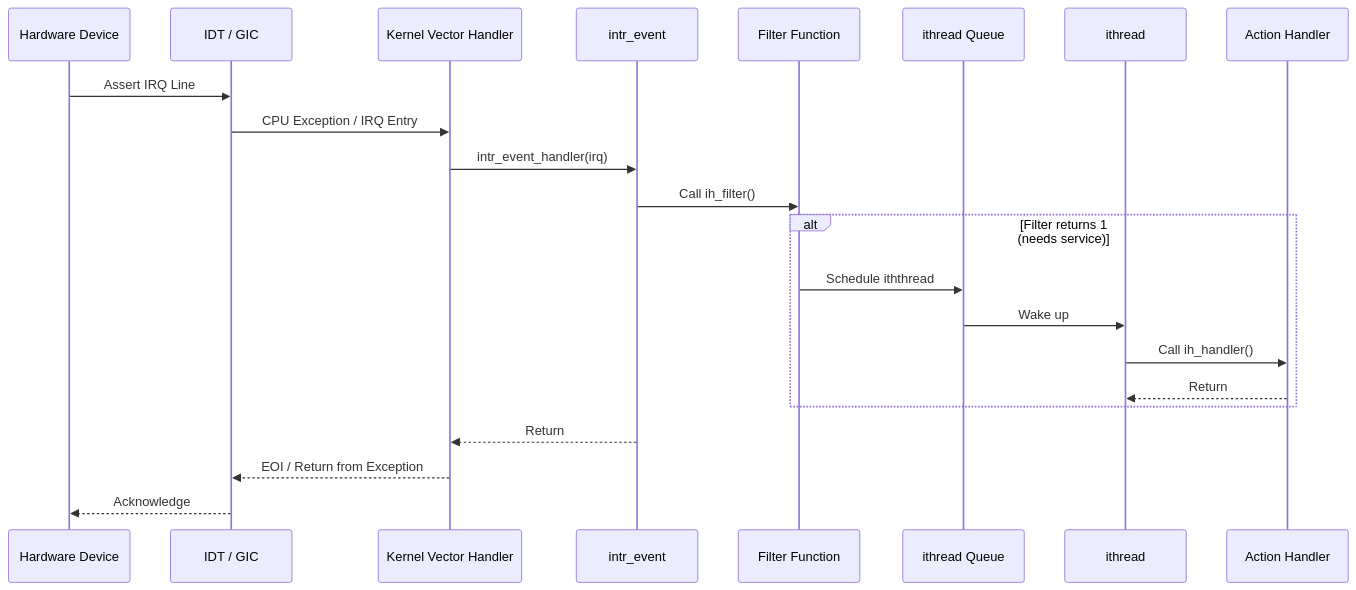
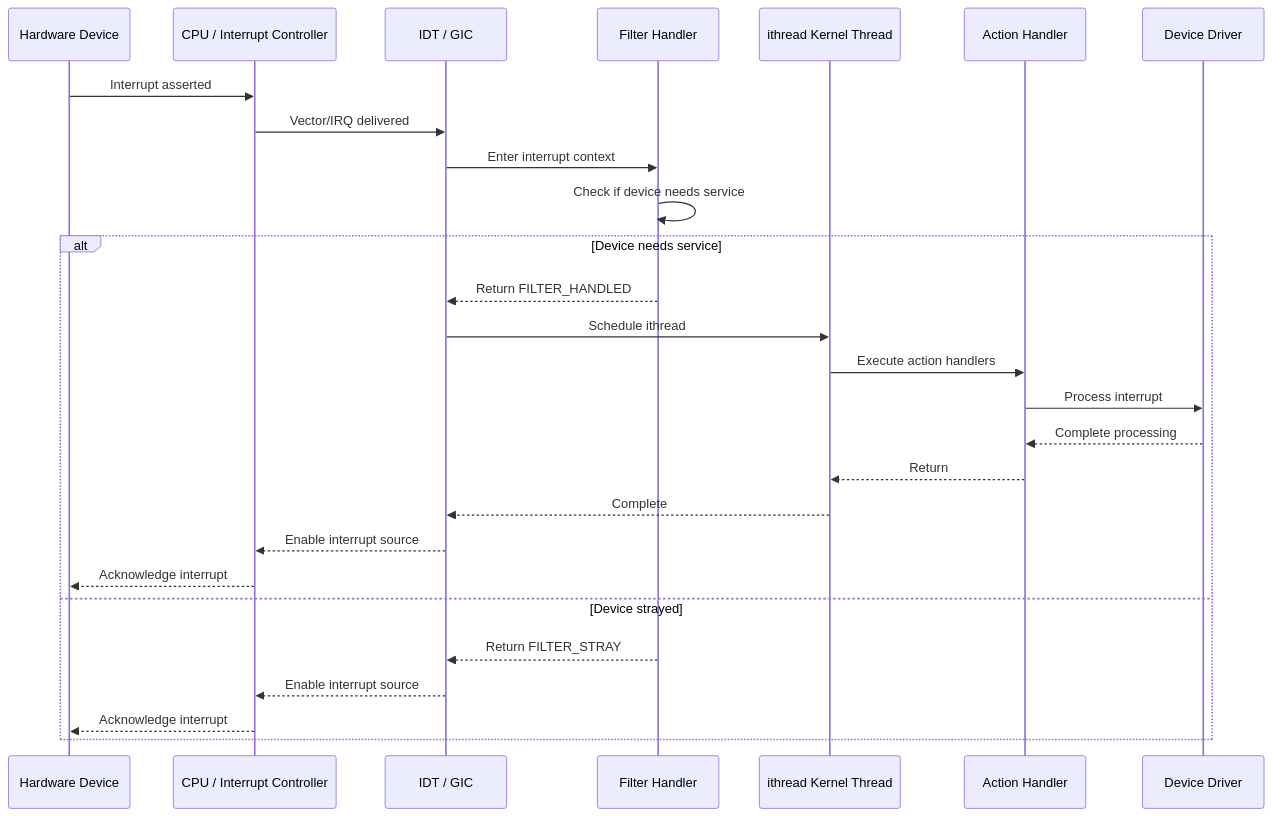
Before and after one commit to ocochard/freebsd-src: the diagram in sys/kern/README_intr.md, drawn with Mermaid. The commit also changed other lines of this file and 26 other files, not shown here.

````diff
--- a/sys/kern/README_intr.md
+++ b/sys/kern/README_intr.md
@@ -68,25 +166,30 @@
 ```mermaid
 sequenceDiagram
-  participant HW as Hardware Device
-  participant IDT as IDT / GIC
-  participant Kern as Kernel Vector Handler
-  participant Ev as intr_event
-  participant Filter as Filter Function
-  participant Q as ithread Queue
-  participant Thread as ithread
-  participant Action as Action Handler
+    participant HW as Hardware Device
+    participant CPU as CPU / Interrupt Controller
+    participant IDT as IDT / GIC
+    participant Filter as Filter Handler
+    participant Ithread as ithread Kernel Thread
+    participant Action as Action Handler
+    participant Driver as Device Driver
 
-  HW->>IDT: Assert IRQ Line
-  IDT->>Kern: CPU Exception / IRQ Entry
-  Kern->>Ev: intr_event_handler(irq)
-  Ev->>Filter: Call ih_filter()
-  alt Filter returns 1 (needs service)
-    Filter->>Q: Schedule iththread
-    Q->>Thread: Wake up
-    Thread->>Action: Call ih_handler()
-    Action-->>Thread: Return
-  end
-  Ev-->>Kern: Return
-  Kern-->>IDT: EOI / Return from Exception
-  IDT-->>HW: Acknowledge
+    HW->>CPU: Interrupt asserted
+    CPU->>IDT: Vector/IRQ delivered
+    IDT->>Filter: Enter interrupt context
+    Filter->>Filter: Check if device needs service
+    alt Device needs service
+        Filter-->>IDT: Return FILTER_HANDLED
+        IDT->>Ithread: Schedule ithread
+        Ithread->>Action: Execute action handlers
+        Action->>Driver: Process interrupt
+        Driver-->>Action: Complete processing
+        Action-->>Ithread: Return
+        Ithread-->>IDT: Complete
+        IDT-->>CPU: Enable interrupt source
+        CPU-->>HW: Acknowledge interrupt
+    else Device strayed
+        Filter-->>IDT: Return FILTER_STRAY
+        IDT-->>CPU: Enable interrupt source
+        CPU-->>HW: Acknowledge interrupt
+    end
 ```
````
